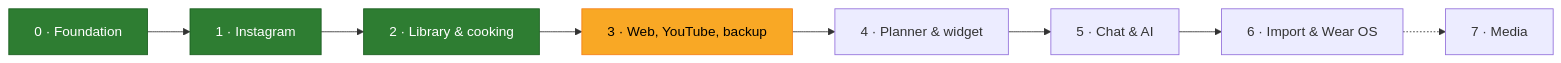
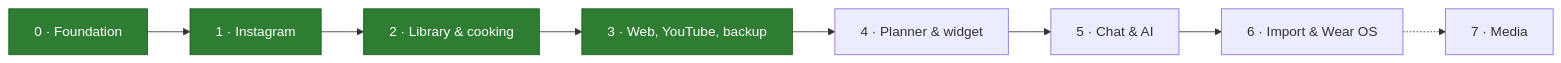
One commit to inthevortex/recipe-catcher changed the fifth of 5 diagrams in README.md. Above: the diagram before and after it, drawn with Mermaid. The commit also changed other lines of this file, not shown here.

Commit message:
docs: update README for web and YouTube capture, backup/restore, and fix capture diagram

````diff
--- a/README.md
+++ b/README.md
@@ -434,6 +434,6 @@
 ```mermaid
 flowchart LR
-  W0[0 · Foundation]:::done --> W1[1 · Instagram]:::done --> W2[2 · Library & cooking]:::done --> W3[3 · Web, YouTube, backup]:::wip --> W4[4 · Planner & widget] --> W5[5 · Chat & AI] --> W6[6 · Import & Wear OS] -.-> W7[7 · Media]
+  W0[0 · Foundation]:::done --> W1[1 · Instagram]:::done --> W2[2 · Library & cooking]:::done --> W3[3 · Web, YouTube, backup]:::done --> W4[4 · Planner & widget] --> W5[5 · Chat & AI] --> W6[6 · Import & Wear OS] -.-> W7[7 · Media]
   classDef done fill:#2e7d32,color:#fff,stroke:#1b5e20
   classDef wip fill:#f9a825,color:#000,stroke:#f57f17
 ```
````
